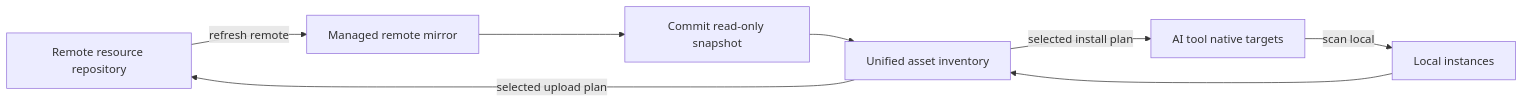
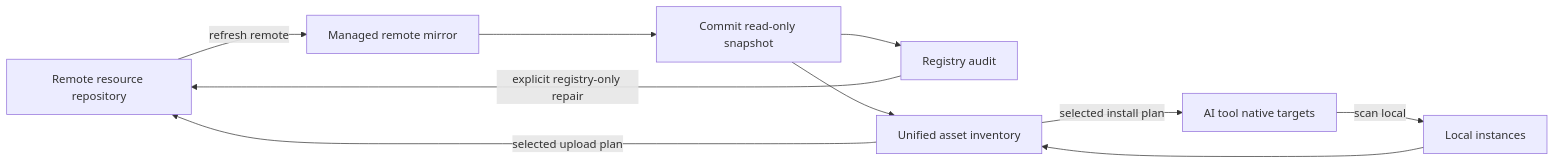
The second of 3 diagrams in docs/architecture.md (Ling-ye/cc-port), drawn with Mermaid before and after one commit. The commit also changed other lines of this file and 46 other files, not shown here.

````diff
--- a/docs/architecture.md
+++ b/docs/architecture.md
@@ -107,10 +103,12 @@
 ```mermaid
 flowchart LR
     REMOTE["Remote resource repository"] -->|refresh remote| MIRROR["Managed remote mirror"]
     MIRROR --> SNAPSHOT["Commit read-only snapshot"]
+    SNAPSHOT --> AUDIT["Registry audit"]
     TOOLS["AI tool native targets"] -->|scan local| INSTANCES["Local instances"]
     SNAPSHOT --> INVENTORY["Unified asset inventory"]
     INSTANCES --> INVENTORY
     INVENTORY -->|selected upload plan| REMOTE
     INVENTORY -->|selected install plan| TOOLS
+    AUDIT -->|explicit registry-only repair| REMOTE
 ```
````
